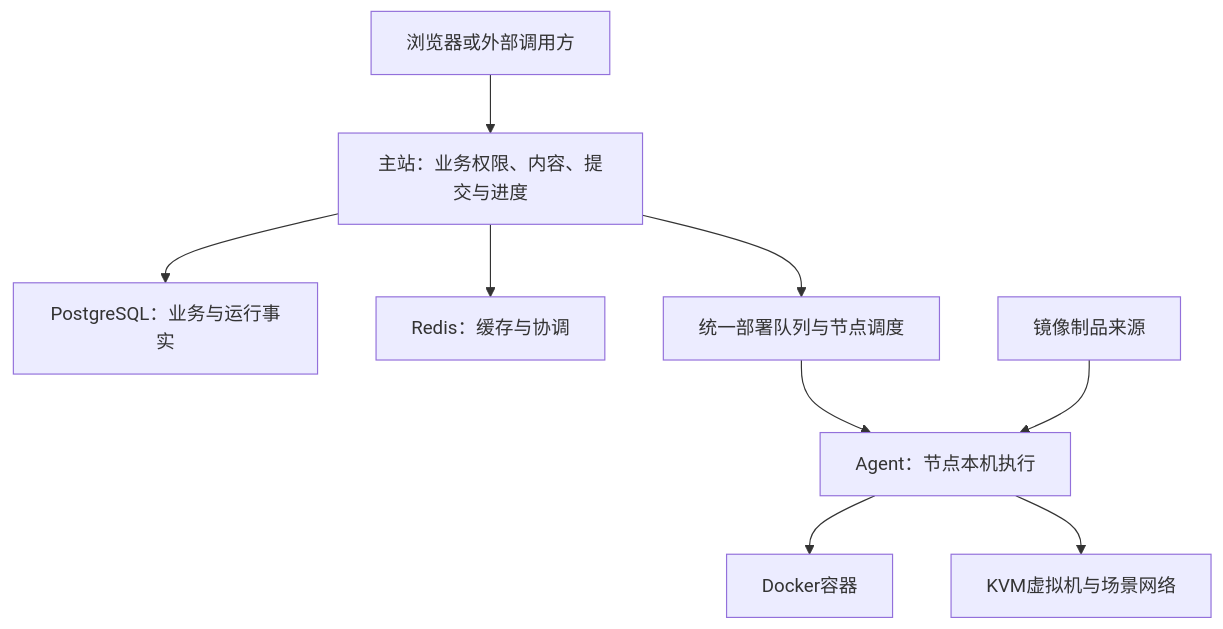
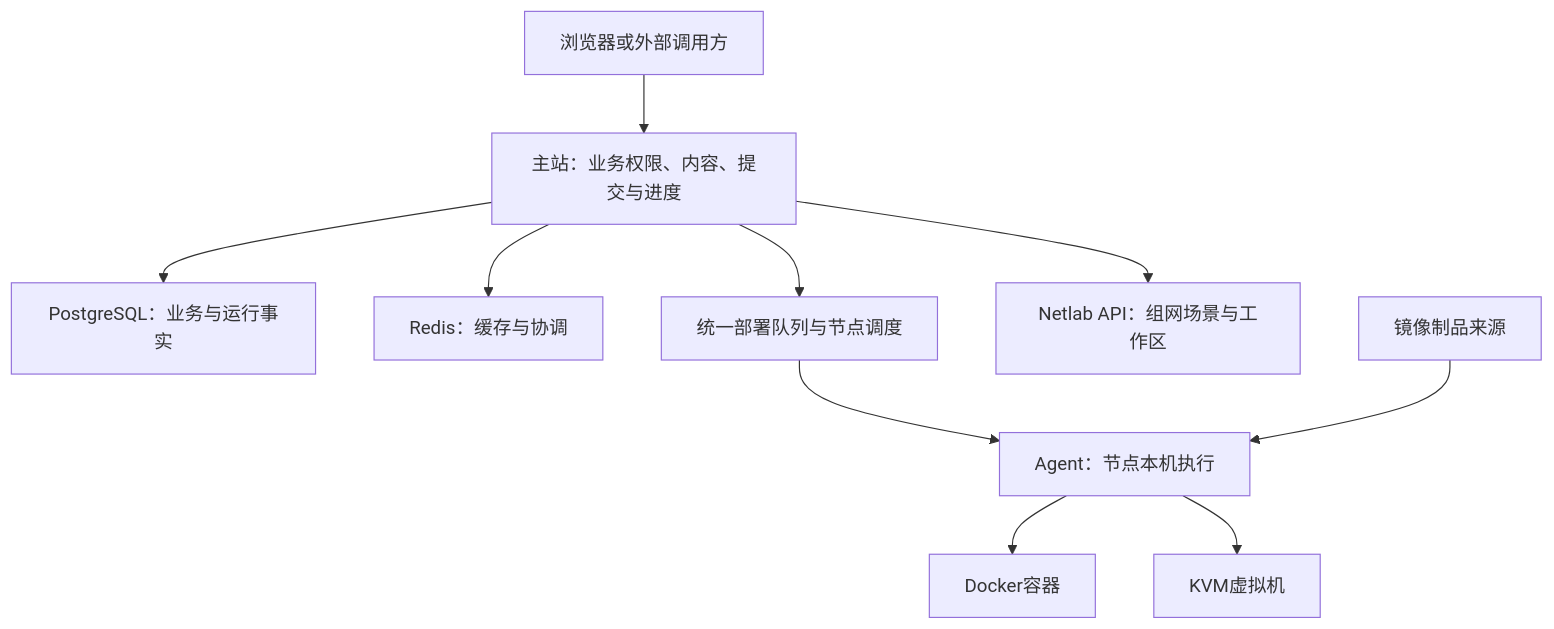
The diagram in docs/overview.md (Y3X1L2/newGZCTF), drawn with Mermaid before and after one commit. The commit also changed other lines of this file and 6 other files, not shown here.

````diff
--- a/docs/overview.md
+++ b/docs/overview.md
@@ -17,11 +17,12 @@
 ```mermaid
 flowchart TB
   User[浏览器或外部调用方] --> Main[主站：业务权限、内容、提交与进度]
   Main --> DB[PostgreSQL：业务与运行事实]
   Main --> Cache[Redis：缓存与协调]
   Main --> Queue[统一部署队列与节点调度]
   Queue --> Agent[Agent：节点本机执行]
   Agent --> Docker[Docker容器]
-  Agent --> VM[KVM虚拟机与场景网络]
+  Agent --> VM[KVM虚拟机]
+  Main --> Netlab[Netlab API：组网场景与工作区]
   Store[镜像制品来源] --> Agent
 ```
````
